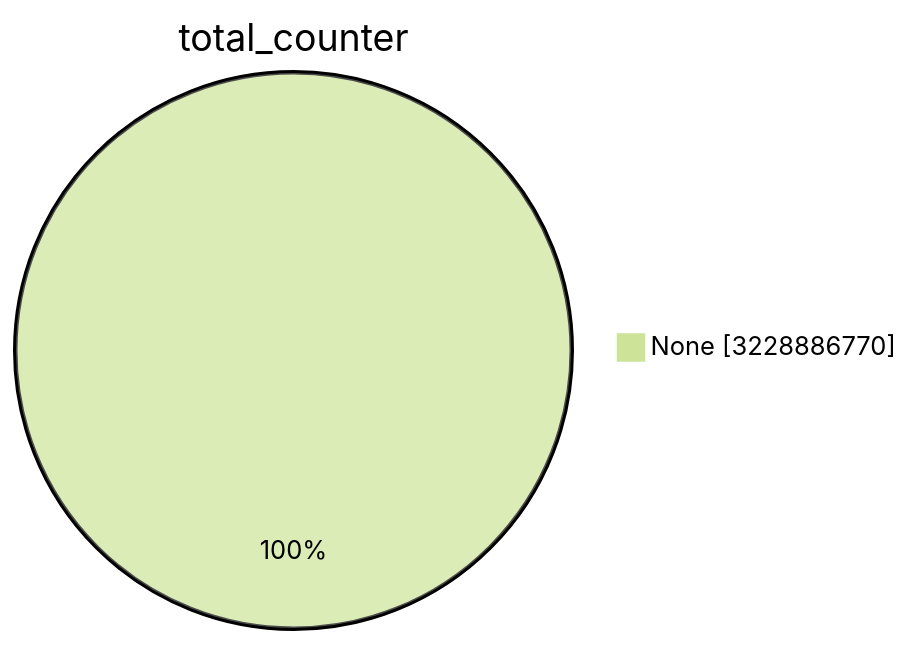
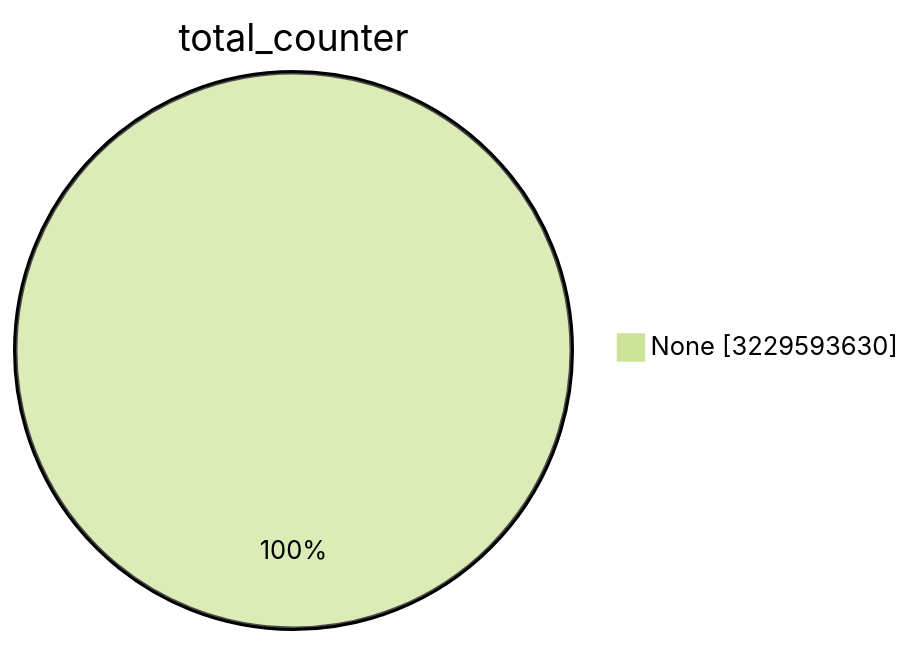
The first of 15 diagrams in TOTAL/README.md (christiankrug/ctmonitor_visualization), drawn with Mermaid (forest theme) before and after one commit. The commit also changed other lines of this file, not shown here.

````diff
--- a/TOTAL/README.md
+++ b/TOTAL/README.md
@@ -1,5 +1,5 @@
 ```mermaid
 pie showData
 title total_counter
-"None" :3228886770
+"None" :3229593630
 ```
````
